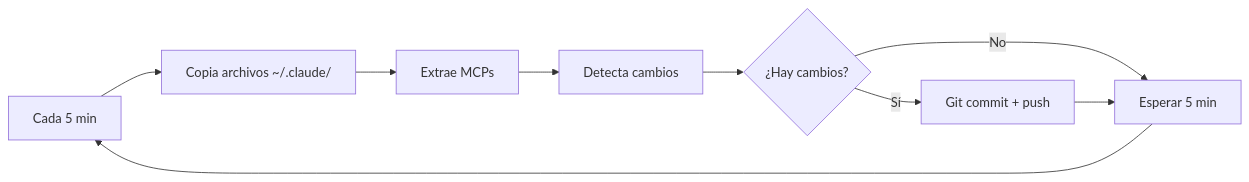
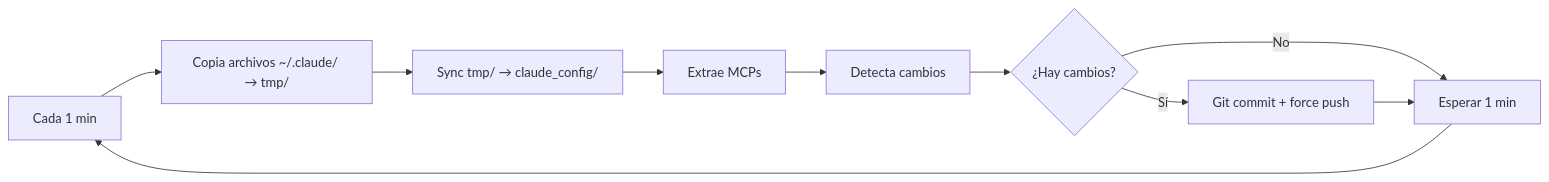
Before and after one commit to mihailmariusiondev/claude-code-config: the diagram in README.md, drawn with Mermaid. The commit also changed other lines of this file, not shown here.

Commit message:
auto-sync 2025-08-20 19:33:54

````diff
--- a/README.md
+++ b/README.md
@@ -97,11 +97,12 @@
 ```mermaid
 graph LR
-    A[Cada 5 min] --> B[Copia archivos ~/.claude/]
-    B --> C[Extrae MCPs]
-    C --> D[Detecta cambios]
-    D --> E{¿Hay cambios?}
-    E -->|Sí| F[Git commit + push]
-    E -->|No| G[Esperar 5 min]
-    F --> G
-    G --> A
+    A[Cada 1 min] --> B[Copia archivos ~/.claude/ → tmp/]
+    B --> C[Sync tmp/ → claude_config/]
+    C --> D[Extrae MCPs]
+    D --> E[Detecta cambios]
+    E --> F{¿Hay cambios?}
+    F -->|Sí| G[Git commit + force push]
+    F -->|No| H[Esperar 1 min]
+    G --> H
+    H --> A
 ```
````
